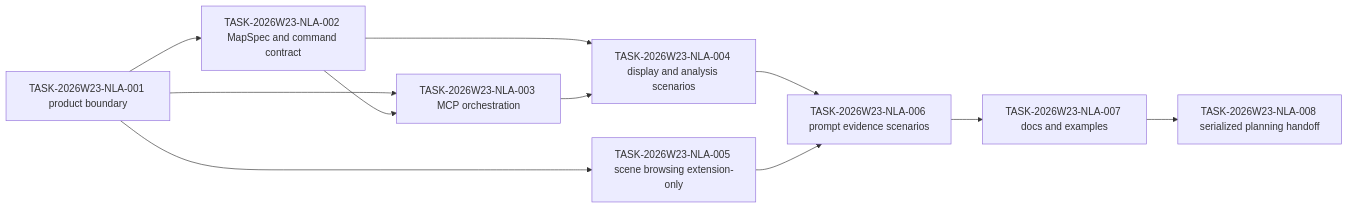
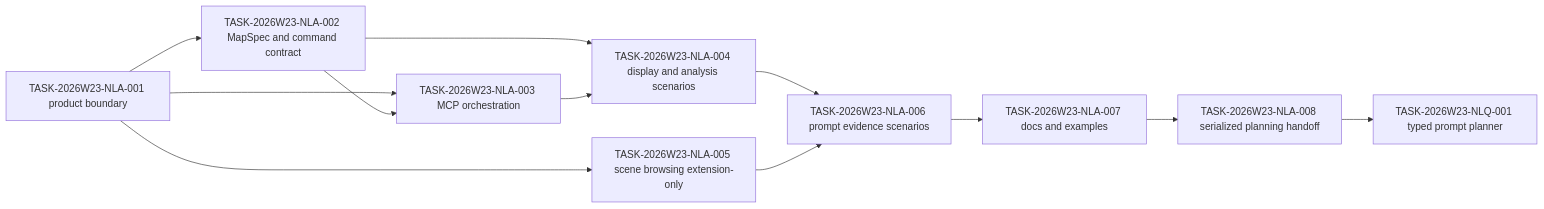
Before and after one commit to HYNCM/gis-engine: the second of 6 diagrams in docs/planning/dependency-graph.md, drawn with Mermaid. The commit also changed other lines of this file and 9 other files, not shown here.

````diff
--- a/docs/planning/dependency-graph.md
+++ b/docs/planning/dependency-graph.md
@@ -119,13 +122,14 @@
 ```mermaid
 flowchart LR
   A["TASK-2026W23-NLA-001 product boundary"] --> B["TASK-2026W23-NLA-002 MapSpec and command contract"]
   A --> C["TASK-2026W23-NLA-003 MCP orchestration"]
   B --> C
   B --> D["TASK-2026W23-NLA-004 display and analysis scenarios"]
   C --> D
   A --> E["TASK-2026W23-NLA-005 scene browsing extension-only"]
   D --> F["TASK-2026W23-NLA-006 prompt evidence scenarios"]
   E --> F
   F --> G["TASK-2026W23-NLA-007 docs and examples"]
   G --> H["TASK-2026W23-NLA-008 serialized planning handoff"]
+  H --> I["TASK-2026W23-NLQ-001 typed prompt planner"]
 ```
````
